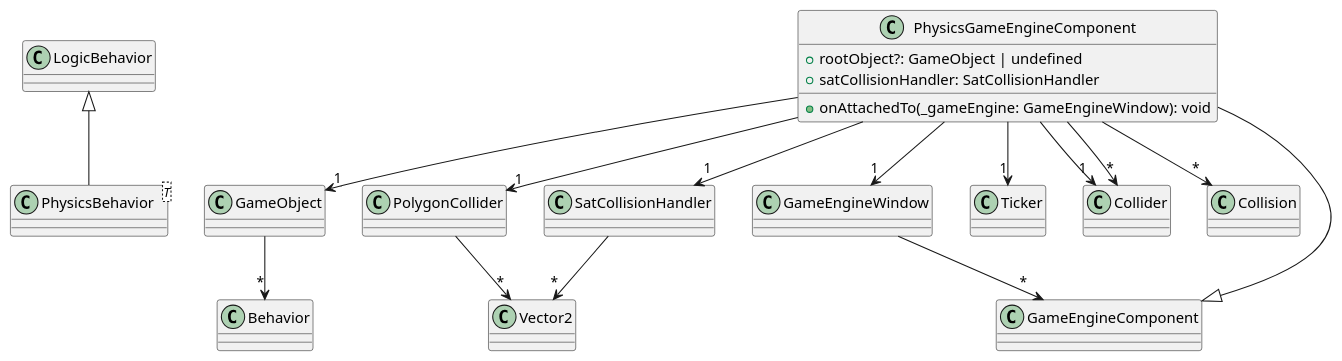
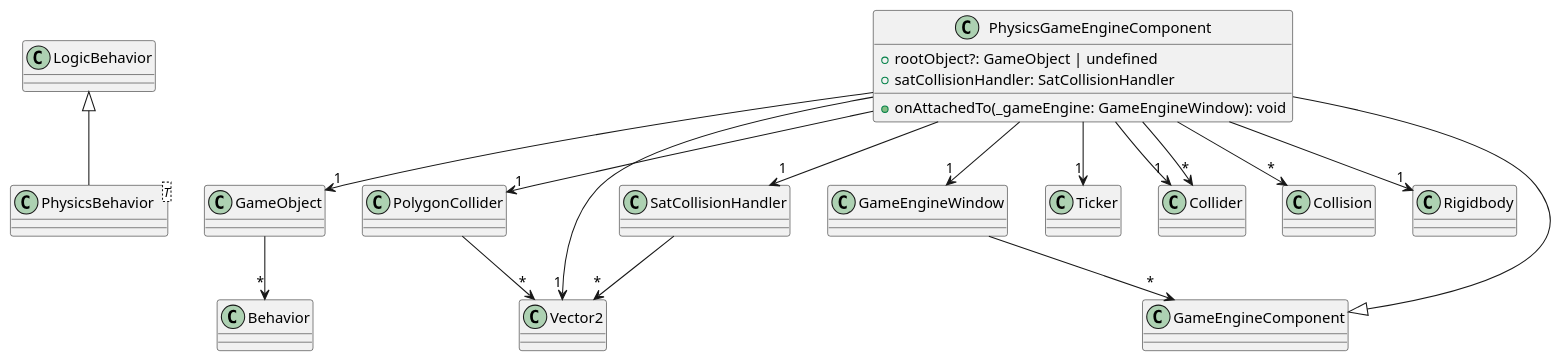
Before and after one commit to CPNV-ES/game-engine: the diagram in doc/diagrams/Extensions_PhysicsEngine.puml, drawn with PlantUML. The commit also changed 5 other files, not shown here.

Commit message:
docs: update the diagrams and doc for the addition of forces in physicsEngine

```diff
--- a/doc/diagrams/Extensions_PhysicsEngine.puml
+++ b/doc/diagrams/Extensions_PhysicsEngine.puml
@@ -1,20 +1,22 @@
 @startuml
 class PhysicsBehavior<T> extends LogicBehavior
 class PhysicsGameEngineComponent extends GameEngineComponent {
     +rootObject?: GameObject | undefined
     +satCollisionHandler: SatCollisionHandler
     +onAttachedTo(_gameEngine: GameEngineWindow): void
 }
 GameEngineWindow --> "*" GameEngineComponent
 GameObject --> "*" Behavior
 PolygonCollider --> "*" Vector2
 SatCollisionHandler --> "*" Vector2
 PhysicsGameEngineComponent --> "1" GameObject
 PhysicsGameEngineComponent --> "1" SatCollisionHandler
 PhysicsGameEngineComponent --> "1" Ticker
 PhysicsGameEngineComponent --> "1" Collider
 PhysicsGameEngineComponent --> "*" Collision
+PhysicsGameEngineComponent --> "1" Vector2
 PhysicsGameEngineComponent --> "1" GameEngineWindow
 PhysicsGameEngineComponent --> "*" Collider
 PhysicsGameEngineComponent --> "1" PolygonCollider
+PhysicsGameEngineComponent --> "1" Rigidbody
 @enduml
```
